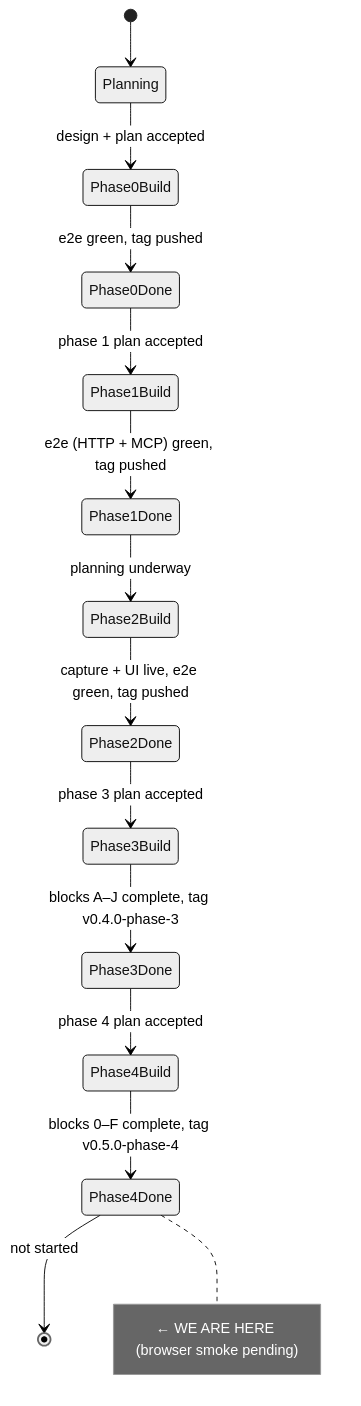
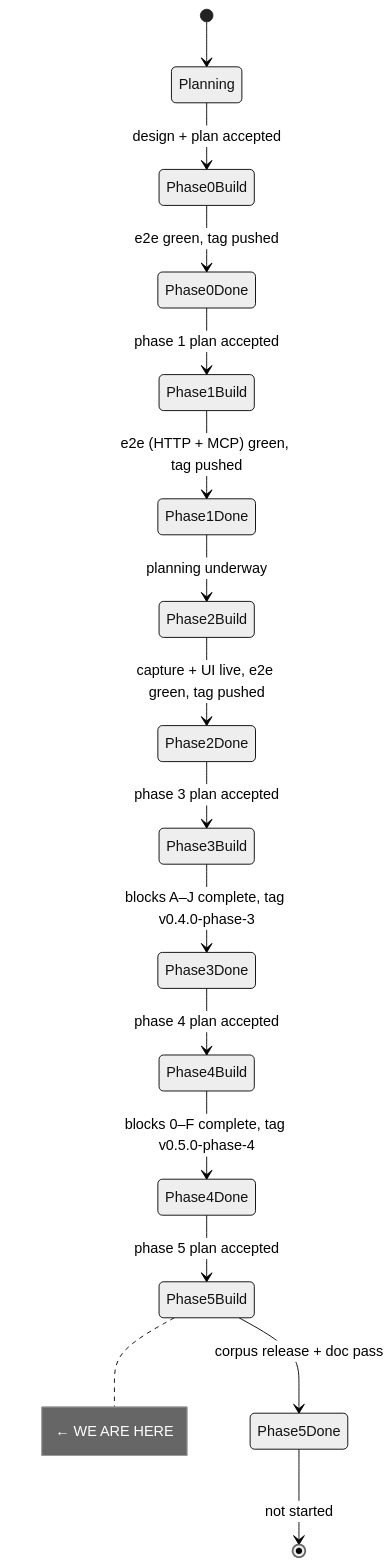
The first of 2 diagrams in STATE.md (dataforaction-tom/soundings), drawn with Mermaid (neutral theme) before and after one commit. The commit also changed other lines of this file and 1 other file, not shown here.

Commit message:
docs: Phase 5 in progress — update PLAN/STATE

````diff
--- a/STATE.md
+++ b/STATE.md
@@ -10,17 +8,19 @@
 ```mermaid
 stateDiagram-v2
     [*] --> Planning
     Planning --> Phase0Build: design + plan accepted
     Phase0Build --> Phase0Done: e2e green, tag pushed
     Phase0Done --> Phase1Build: phase 1 plan accepted
     Phase1Build --> Phase1Done: e2e (HTTP + MCP) green, tag pushed
     Phase1Done --> Phase2Build: planning underway
     Phase2Build --> Phase2Done: capture + UI live, e2e green, tag pushed
     Phase2Done --> Phase3Build: phase 3 plan accepted
     Phase3Build --> Phase3Done: blocks A–J complete, tag v0.4.0-phase-3
     Phase3Done --> Phase4Build: phase 4 plan accepted
     Phase4Build --> Phase4Done: blocks 0–F complete, tag v0.5.0-phase-4
-    Phase4Done --> [*]: not started
+    Phase4Done --> Phase5Build: phase 5 plan accepted
+    Phase5Build --> Phase5Done: corpus release + doc pass
+    Phase5Done --> [*]: not started
 
-    note right of Phase4Done: ← WE ARE HERE (browser smoke pending)
+    note right of Phase5Build: ← WE ARE HERE
 ```
````
